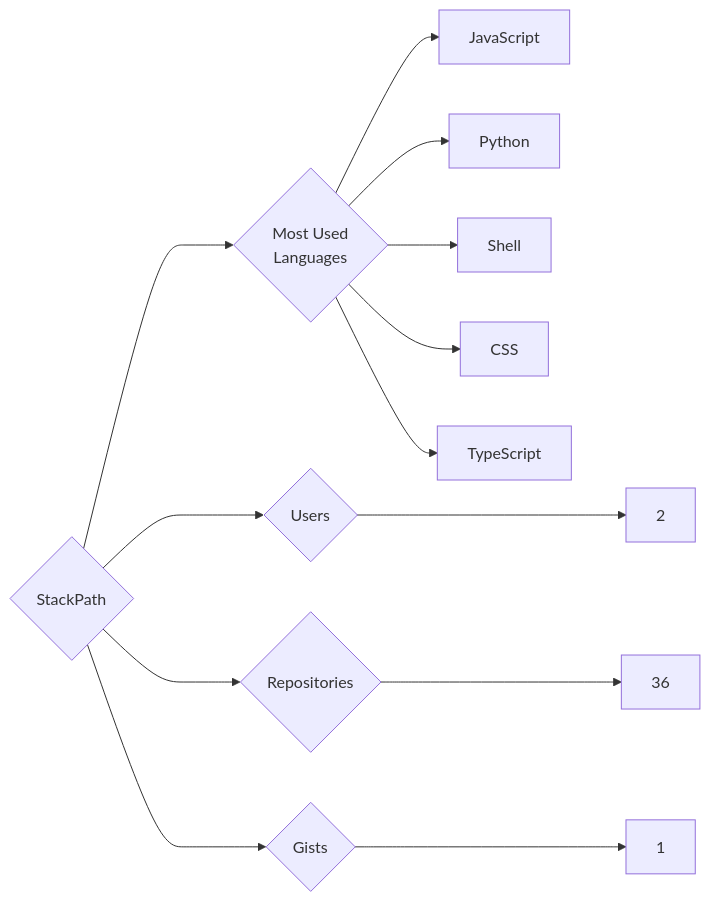
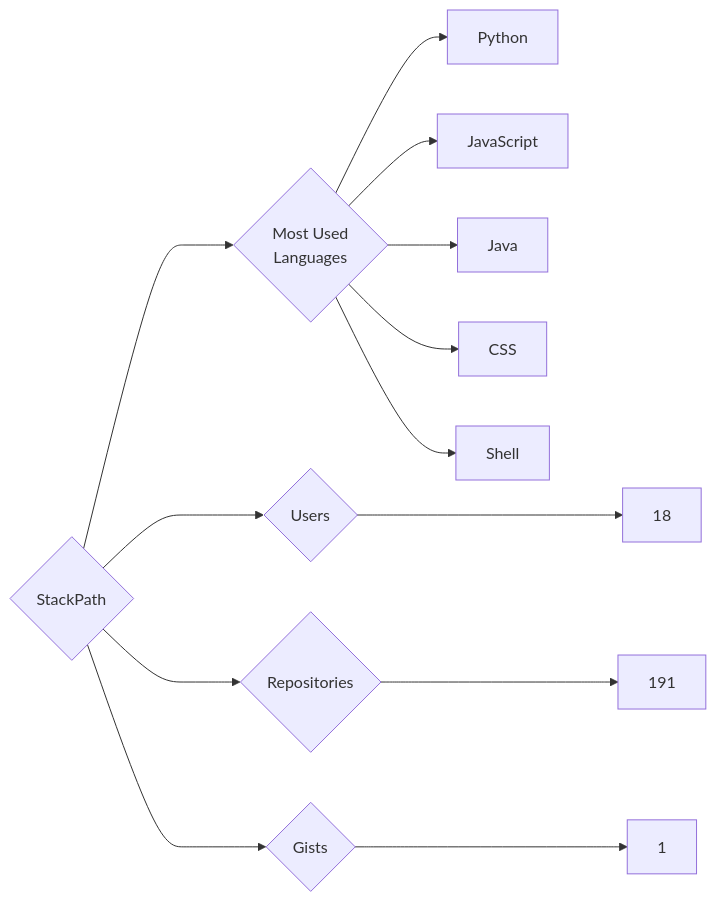
Before and after one commit to trickest/insiders: the diagram in targets/StackPath/README.md, drawn with Mermaid. The commit also changed 833 other files, not shown here.

````diff
--- a/targets/StackPath/README.md
+++ b/targets/StackPath/README.md
@@ -3,13 +3,13 @@
 ```mermaid
 graph LR
 COMPANY_NAME{StackPath}
-COMPANY_NAME ---> U{Users} ---> UN[2]
-COMPANY_NAME ---> R{Repositories} ---> RN[36]
+COMPANY_NAME ---> U{Users} ---> UN[18]
+COMPANY_NAME ---> R{Repositories} ---> RN[191]
 COMPANY_NAME ---> G{Gists} ---> GN[1]
 COMPANY_NAME ---> ML{Most Used<br>Languages}
+ML --> Python[Python]
 ML --> JavaScript[JavaScript]
-ML --> Python[Python]
+ML --> Java[Java]
+ML --> CSS[CSS]
 ML --> Shell[Shell]
-ML --> CSS[CSS]
-ML --> TypeScript[TypeScript]
 ```
````
